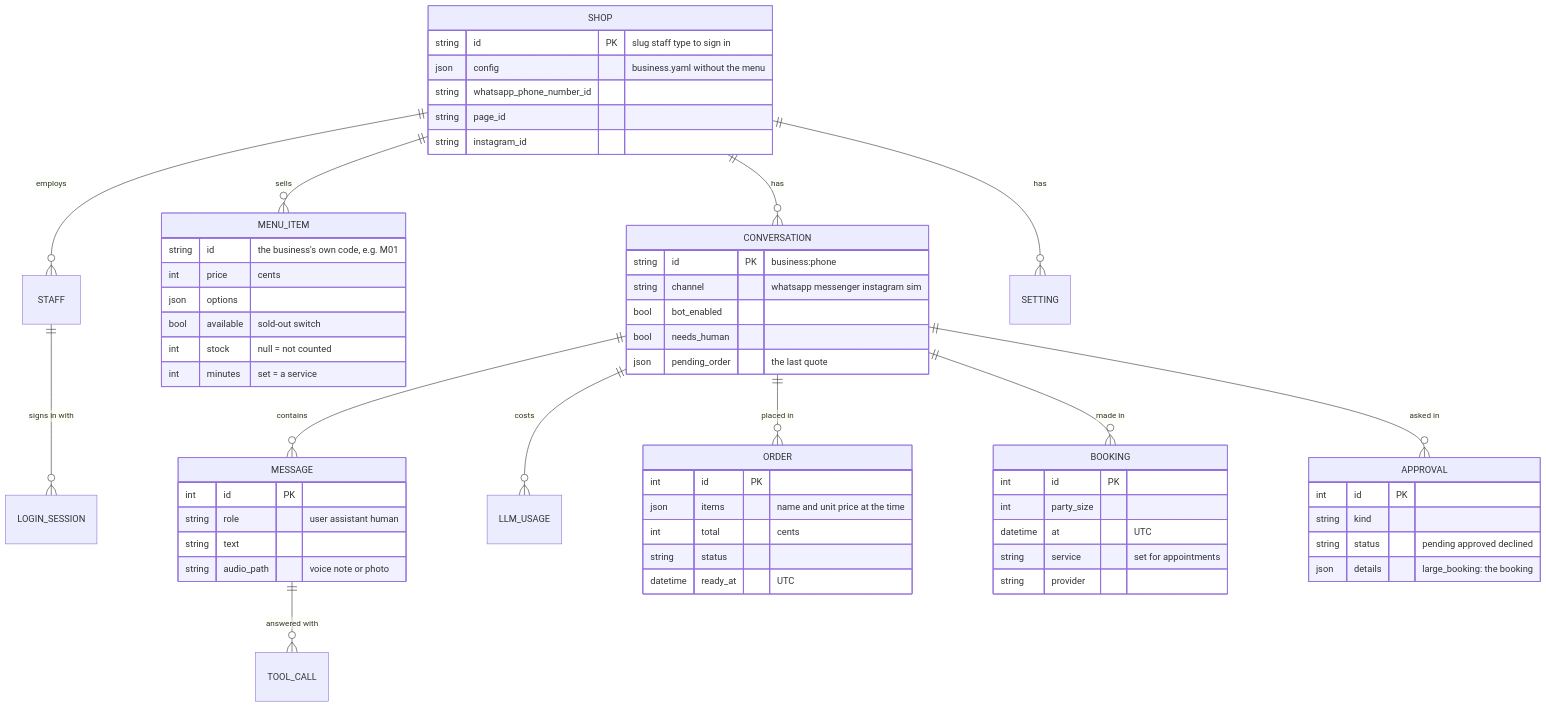
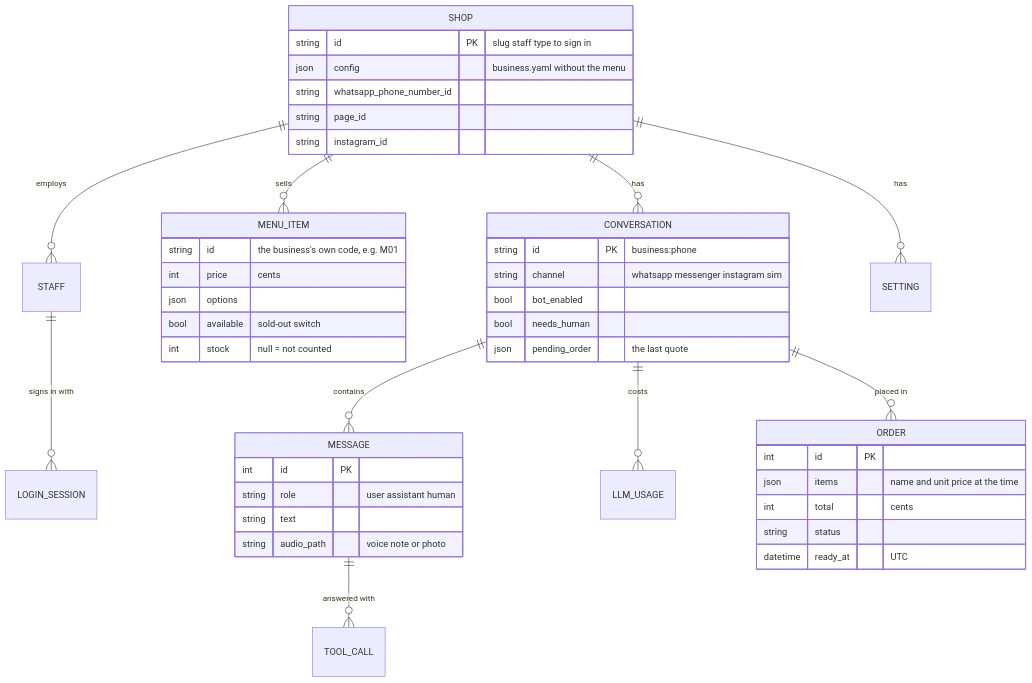
One commit to NiloyBhattacharjee/MITUai changed diagram 21 of 25 in README.md. Above: the diagram before and after it, drawn with Mermaid. The commit also changed other lines of this file and 26 other files, not shown here.

````diff
--- a/README.md
+++ b/README.md
@@ -788,62 +720,46 @@
 ```mermaid
 erDiagram
     SHOP ||--o{ STAFF : employs
     STAFF ||--o{ LOGIN_SESSION : "signs in with"
     SHOP ||--o{ MENU_ITEM : sells
     SHOP ||--o{ CONVERSATION : has
     CONVERSATION ||--o{ MESSAGE : contains
     MESSAGE ||--o{ TOOL_CALL : "answered with"
     CONVERSATION ||--o{ LLM_USAGE : costs
     CONVERSATION ||--o{ ORDER : "placed in"
-    CONVERSATION ||--o{ BOOKING : "made in"
-    CONVERSATION ||--o{ APPROVAL : "asked in"
     SHOP ||--o{ SETTING : has
     SHOP {
         string id PK "slug staff type to sign in"
         json config "business.yaml without the menu"
         string whatsapp_phone_number_id
         string page_id
         string instagram_id
     }
     MENU_ITEM {
         string id "the business's own code, e.g. M01"
         int price "cents"
         json options
         bool available "sold-out switch"
         int stock "null = not counted"
-        int minutes "set = a service"
     }
     CONVERSATION {
         string id PK "business:phone"
         string channel "whatsapp messenger instagram sim"
         bool bot_enabled
         bool needs_human
         json pending_order "the last quote"
     }
     MESSAGE {
         int id PK
         string role "user assistant human"
         string text
         string audio_path "voice note or photo"
     }
     ORDER {
         int id PK
         json items "name and unit price at the time"
         int total "cents"
         string status
         datetime ready_at "UTC"
     }
-    BOOKING {
-        int id PK
-        int party_size
-        datetime at "UTC"
-        string service "set for appointments"
-        string provider
-    }
-    APPROVAL {
-        int id PK
-        string kind
-        string status "pending approved declined"
-        json details "large_booking: the booking"
-    }
 ```
````
